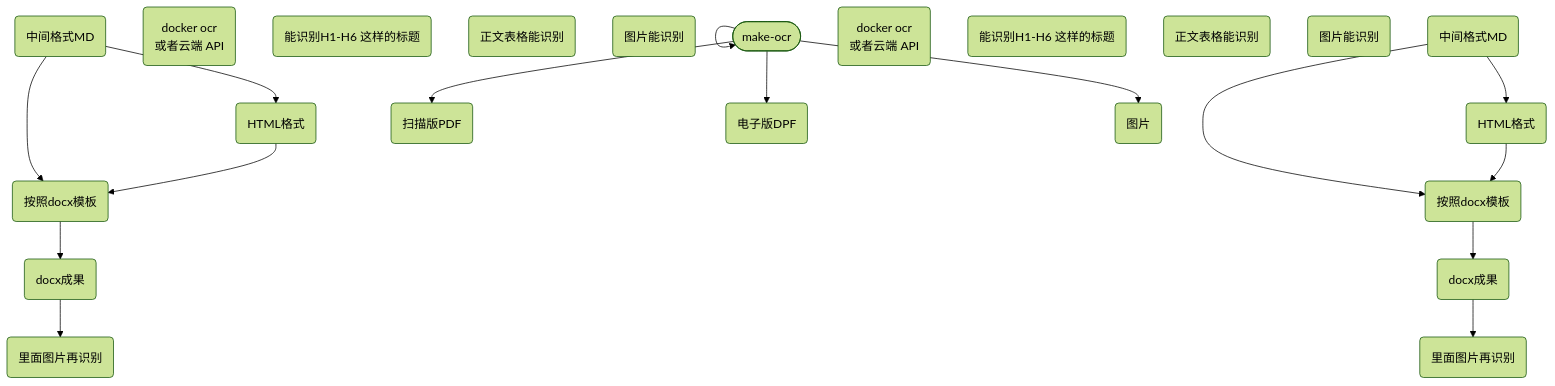
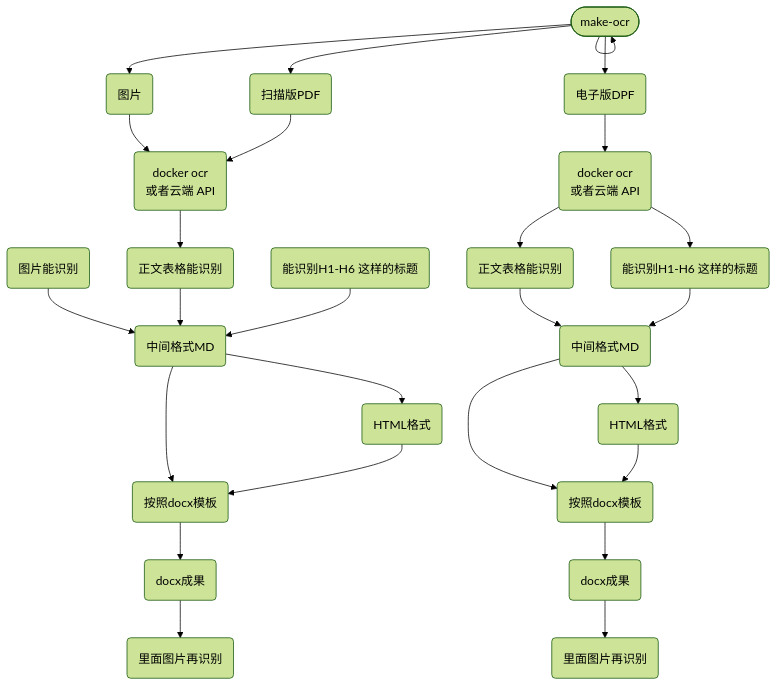
The diagram in notes/未命名_da3b1e9d-46b8-4fe8-a207-538027b2306b.md (fireflysss/mermaid-notes), drawn with Mermaid (forest theme) before and after one commit. The commit also changed 3 other files, not shown here.

Commit message:
Sync Mermaid Studio data (12 diagrams)

````diff
--- a/notes/未命名_da3b1e9d-46b8-4fe8-a207-538027b2306b.md
+++ b/notes/未命名_da3b1e9d-46b8-4fe8-a207-538027b2306b.md
@@ -3,40 +3,50 @@
 ```mermaid
 flowchart TD
   n_0(["make-ocr"])
   n_1("扫描版PDF")
   n_2("电子版DPF")
   n_3("docker ocr<br/>或者云端 API")
   n_4("图片")
   n_5("能识别H1-H6 这样的标题")
   n_6("正文表格能识别")
   n_7("图片能识别")
   n_8("按照docx模板")
   n_9("里面图片再识别")
   n_10("docx成果")
   n_11("中间格式MD")
   n_12("HTML格式")
   n_13("docker ocr<br/>或者云端 API")
   n_14("能识别H1-H6 这样的标题")
   n_15("正文表格能识别")
-  n_16("图片能识别")
-  n_17("按照docx模板")
-  n_18("里面图片再识别")
-  n_19("docx成果")
-  n_20("中间格式MD")
-  n_21("HTML格式")
+  n_16("按照docx模板")
+  n_17("里面图片再识别")
+  n_18("docx成果")
+  n_19("中间格式MD")
+  n_20("HTML格式")
   n_0 --> n_0
   n_0 --> n_1
   n_0 --> n_2
   n_0 --> n_4
   n_11 --> n_8
   n_11 --> n_12
   n_12 --> n_8
   n_8 --> n_10
   n_10 --> n_9
-  n_20 --> n_17
-  n_20 --> n_21
-  n_21 --> n_17
-  n_17 --> n_19
-  n_19 --> n_18
+  n_19 --> n_16
+  n_19 --> n_20
+  n_20 --> n_16
+  n_16 --> n_18
+  n_18 --> n_17
+  n_4 --> n_3
+  n_1 --> n_3
+  n_2 --> n_13
+  n_13 --> n_14
+  n_13 --> n_15
+  n_15 --> n_19
+  n_14 --> n_19
+  n_7 --> n_11
+  n_6 --> n_11
+  n_5 --> n_11
+  n_3 --> n_6
 
 ```
````
